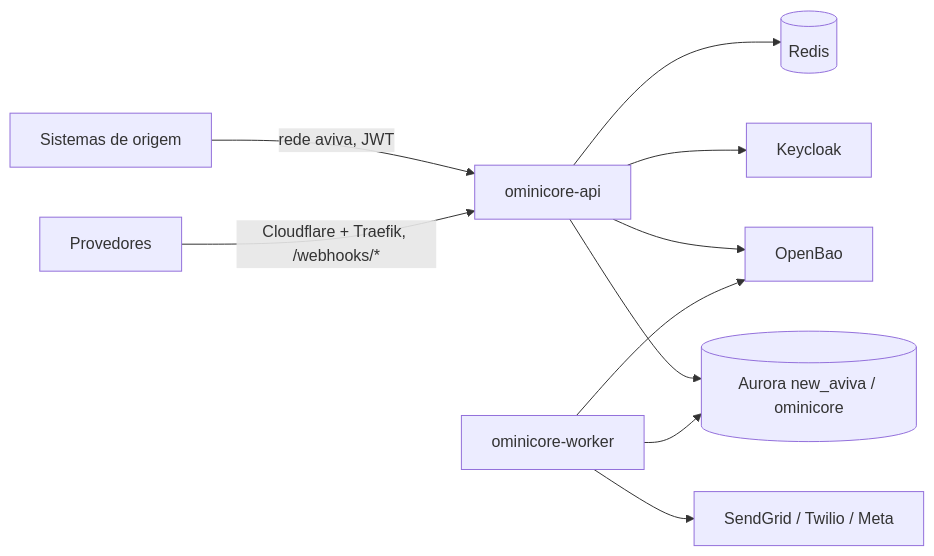
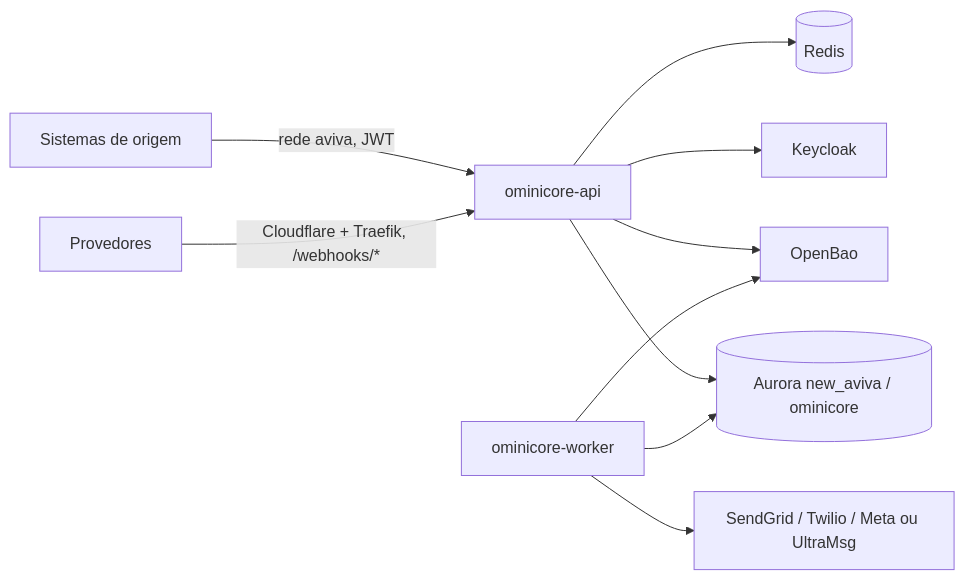
The diagram in DOC/Infra/infraestrutura.md (mauriciomiwa/ominicore-service), drawn with Mermaid before and after one commit. The commit also changed other lines of this file and 47 other files, not shown here.

First line of the commit message:
Fatia 8 (08-whatsapp-ultramsg): WhatsApp pelo UltraMsg

````diff
--- a/DOC/Infra/infraestrutura.md
+++ b/DOC/Infra/infraestrutura.md
@@ -69,11 +69,11 @@
 ```mermaid
 graph LR
   S[Sistemas de origem] -->|rede aviva, JWT| API[ominicore-api]
   P[Provedores] -->|Cloudflare + Traefik, /webhooks/*| API
   API --> PG[(Aurora new_aviva / ominicore)]
   W[ominicore-worker] --> PG
-  W --> SG[SendGrid / Twilio / Meta]
+  W --> SG[SendGrid / Twilio / Meta ou UltraMsg]
   API & W --> BAO[OpenBao]
   API --> KC[Keycloak]
   API --> RD[(Redis)]
 ```
````
